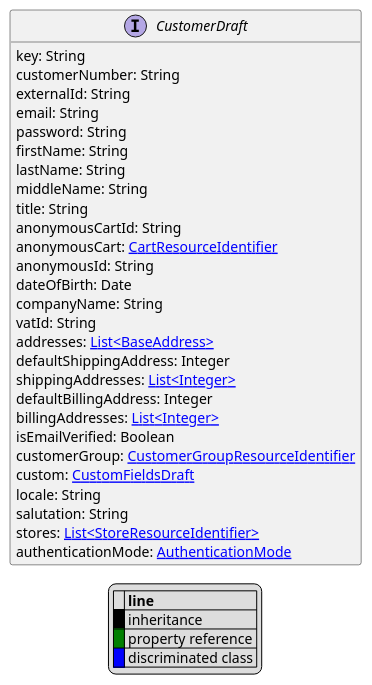
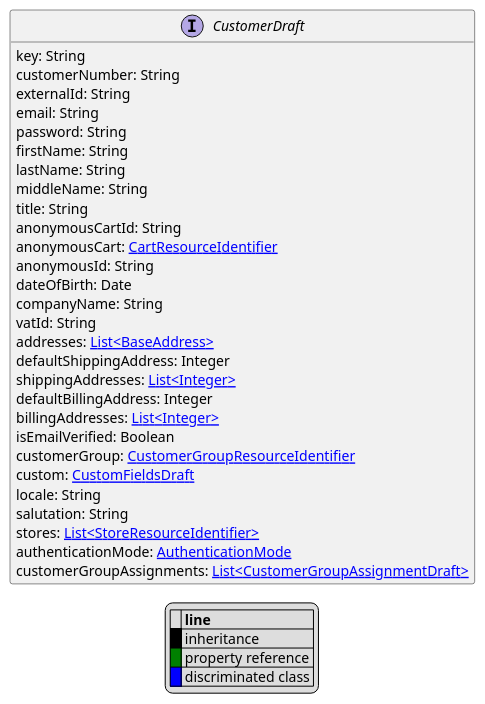
The diagram in uml/api/CustomerDraft.puml (commercetools/commercetools-api-reference), drawn with PlantUML before and after one commit. The commit also changed 186 other files, not shown here.

```diff
--- a/uml/api/CustomerDraft.puml
+++ b/uml/api/CustomerDraft.puml
@@ -1,46 +1,47 @@
 @startuml
 
 hide empty fields
 hide empty methods
 legend
 |= |= line |
 |<back:black>   </back>| inheritance |
 |<back:green>   </back>| property reference |
 |<back:blue>   </back>| discriminated class |
 endlegend
 interface CustomerDraft [[CustomerDraft.svg]]  {
     key: String
     customerNumber: String
     externalId: String
     email: String
     password: String
     firstName: String
     lastName: String
     middleName: String
     title: String
     anonymousCartId: String
     anonymousCart: [[CartResourceIdentifier.svg CartResourceIdentifier]]
     anonymousId: String
     dateOfBirth: Date
     companyName: String
     vatId: String
     addresses: [[BaseAddress.svg List<BaseAddress>]]
     defaultShippingAddress: Integer
     shippingAddresses: [[Integer.svg List<Integer>]]
     defaultBillingAddress: Integer
     billingAddresses: [[Integer.svg List<Integer>]]
     isEmailVerified: Boolean
     customerGroup: [[CustomerGroupResourceIdentifier.svg CustomerGroupResourceIdentifier]]
     custom: [[CustomFieldsDraft.svg CustomFieldsDraft]]
     locale: String
     salutation: String
     stores: [[StoreResourceIdentifier.svg List<StoreResourceIdentifier>]]
     authenticationMode: [[AuthenticationMode.svg AuthenticationMode]]
+    customerGroupAssignments: [[CustomerGroupAssignmentDraft.svg List<CustomerGroupAssignmentDraft>]]
 }
 
 
 
 
 
 
 @enduml
```
